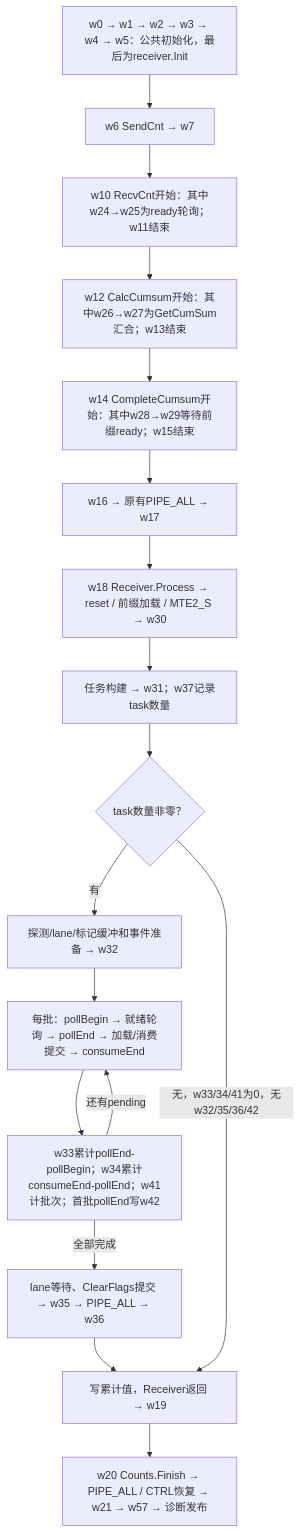
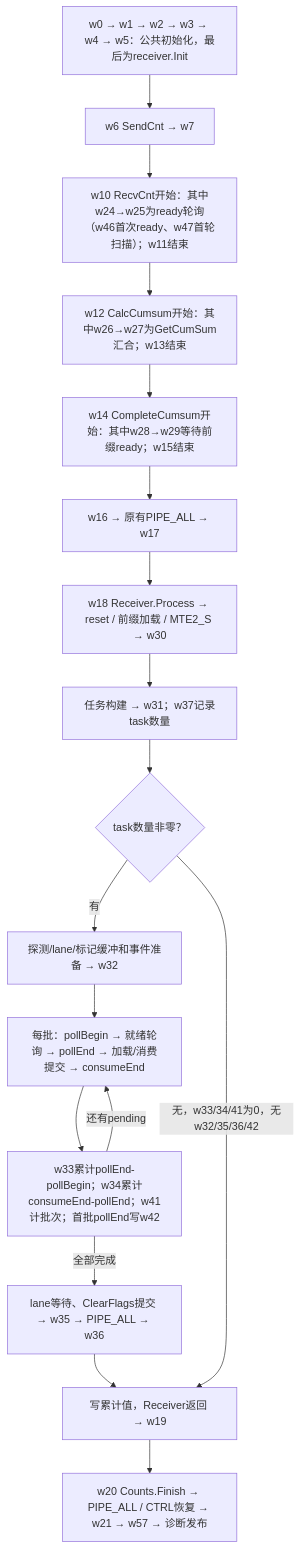
The second of 2 diagrams in tests/ll_rdma/STAGE_TIMELINE.md (lueelu/DeepEP), drawn with Mermaid before and after one commit. The commit also changed other lines of this file and 13 other files, not shown here.

````diff
--- a/tests/ll_rdma/STAGE_TIMELINE.md
+++ b/tests/ll_rdma/STAGE_TIMELINE.md
@@ -40,19 +42,19 @@
 ```mermaid
 flowchart TD
   r0["w0 → w1 → w2 → w3 → w4 → w5：公共初始化，最后为receiver.Init"] --> r1["w6 SendCnt → w7"]
-  r1 --> r2["w10 RecvCnt开始：其中w24→w25为ready轮询；w11结束"]
+  r1 --> r2["w10 RecvCnt开始：其中w24→w25为ready轮询（w46首次ready、w47首轮扫描）；w11结束"]
   r2 --> r3["w12 CalcCumsum开始：其中w26→w27为GetCumSum汇合；w13结束"]
   r3 --> r4["w14 CompleteCumsum开始：其中w28→w29等待前缀ready；w15结束"]
   r4 --> r5["w16 → 原有PIPE_ALL → w17"]
   r5 --> r6["w18 Receiver.Process → reset / 前缀加载 / MTE2_S → w30"]
   r6 --> r7["任务构建 → w31；w37记录task数量"]
   r7 --> empty{"task数量非零？"}
   empty -->|有| r8["探测/lane/标记缓冲和事件准备 → w32"]
   r8 --> loop["每批：pollBegin → 就绪轮询 → pollEnd → 加载/消费提交 → consumeEnd"]
   loop --> accum["w33累计pollEnd-pollBegin；w34累计consumeEnd-pollEnd；w41计批次；首批pollEnd写w42"]
   accum -->|还有pending| loop
   accum -->|全部完成| r9["lane等待、ClearFlags提交 → w35 → PIPE_ALL → w36"]
   r9 --> r10["写累计值，Receiver返回 → w19"]
   empty -->|无，w33/34/41为0，无w32/35/36/42| r10
   r10 --> r11["w20 Counts.Finish → PIPE_ALL / CTRL恢复 → w21 → w57 → 诊断发布"]
 ```
````
